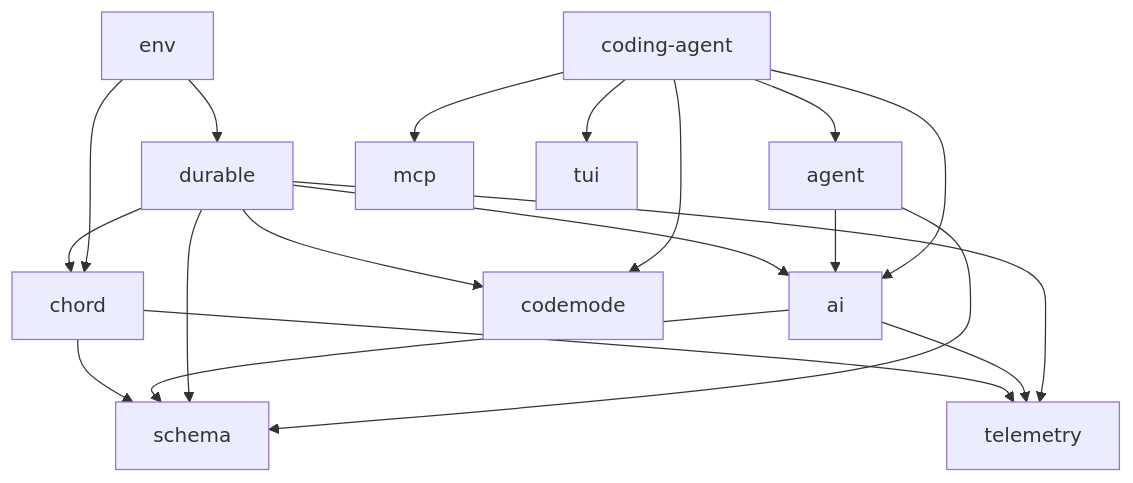
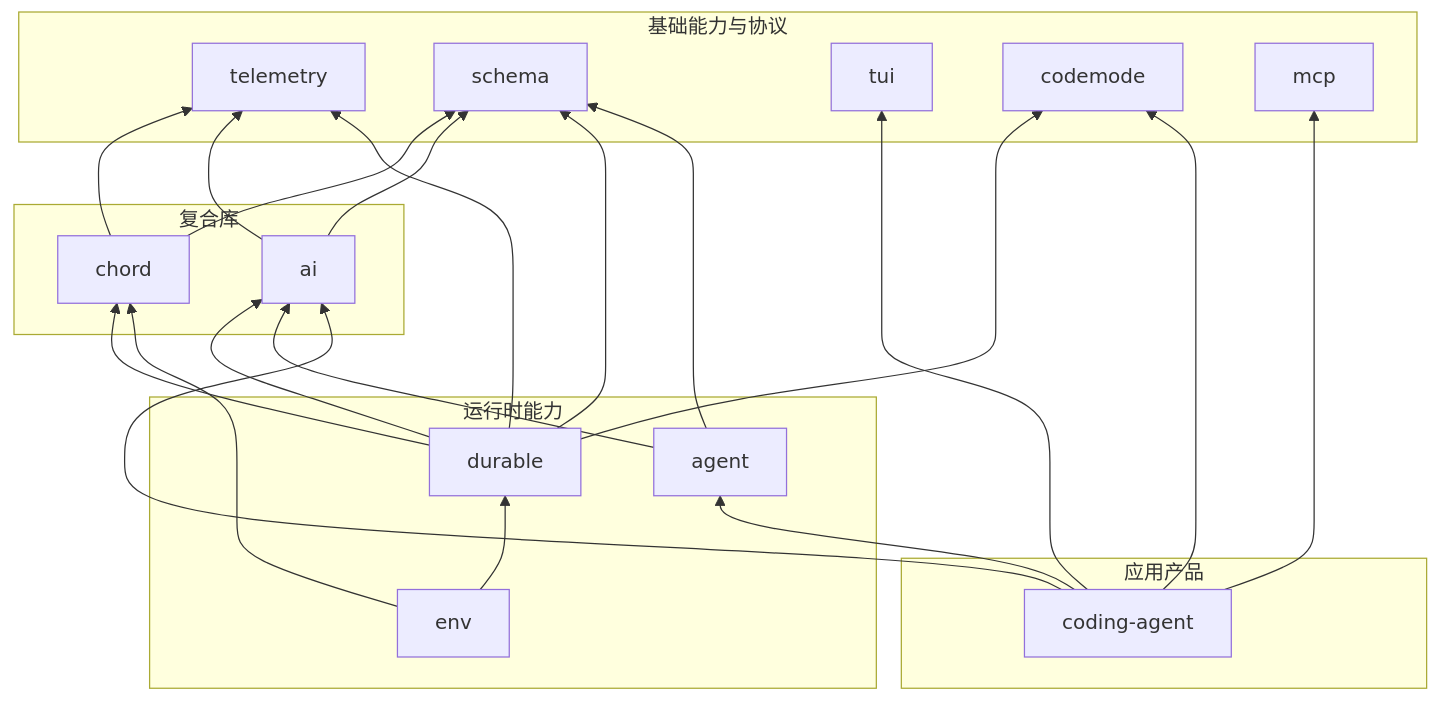
Before and after one commit to hunnuOpenSourceSoftware2026Group001/wentao-2333_Work: the diagram in 实践课2/报告.md, drawn with Mermaid. The commit also changed other lines of this file and 5 other files, not shown here.

Commit message:
实践课2：补全个人报告、依赖关系图与关键截图

````diff
--- a/实践课2/报告.md
+++ b/实践课2/报告.md
@@ -55,22 +72,40 @@
 ```mermaid
-flowchart TD
+flowchart BT
+  subgraph L1[基础能力与协议]
     telemetry[telemetry]
-    chord[chord] --> schema
-    chord --> telemetry
-    ai[ai] --> schema
-    ai --> telemetry
-    durable[durable] --> chord
-    durable --> ai
-    durable --> codemode[codemode]
-    durable --> schema
-    durable --> telemetry
-    env[env] --> chord
-    env --> durable
-    agent[agent] --> ai
-    agent --> schema
-    coding[coding-agent] --> agent
-    coding --> ai
-    coding --> codemode
-    coding --> mcp[mcp]
-    coding --> tui[tui]
+    schema[schema]
+    tui[tui]
+    codemode[codemode]
+    mcp[mcp]
+  end
+  subgraph L2[复合库]
+    chord[chord]
+    ai[ai]
+  end
+  subgraph L3[运行时能力]
+    durable[durable]
+    env[env]
+    agent[agent]
+  end
+  subgraph L4[应用产品]
+    codingAgent[coding-agent]
+  end
+  chord --> schema
+  chord --> telemetry
+  ai --> schema
+  ai --> telemetry
+  durable --> chord
+  durable --> ai
+  durable --> codemode
+  durable --> schema
+  durable --> telemetry
+  env --> chord
+  env --> durable
+  agent --> ai
+  agent --> schema
+  codingAgent --> agent
+  codingAgent --> ai
+  codingAgent --> codemode
+  codingAgent --> mcp
+  codingAgent --> tui
 ```
````
